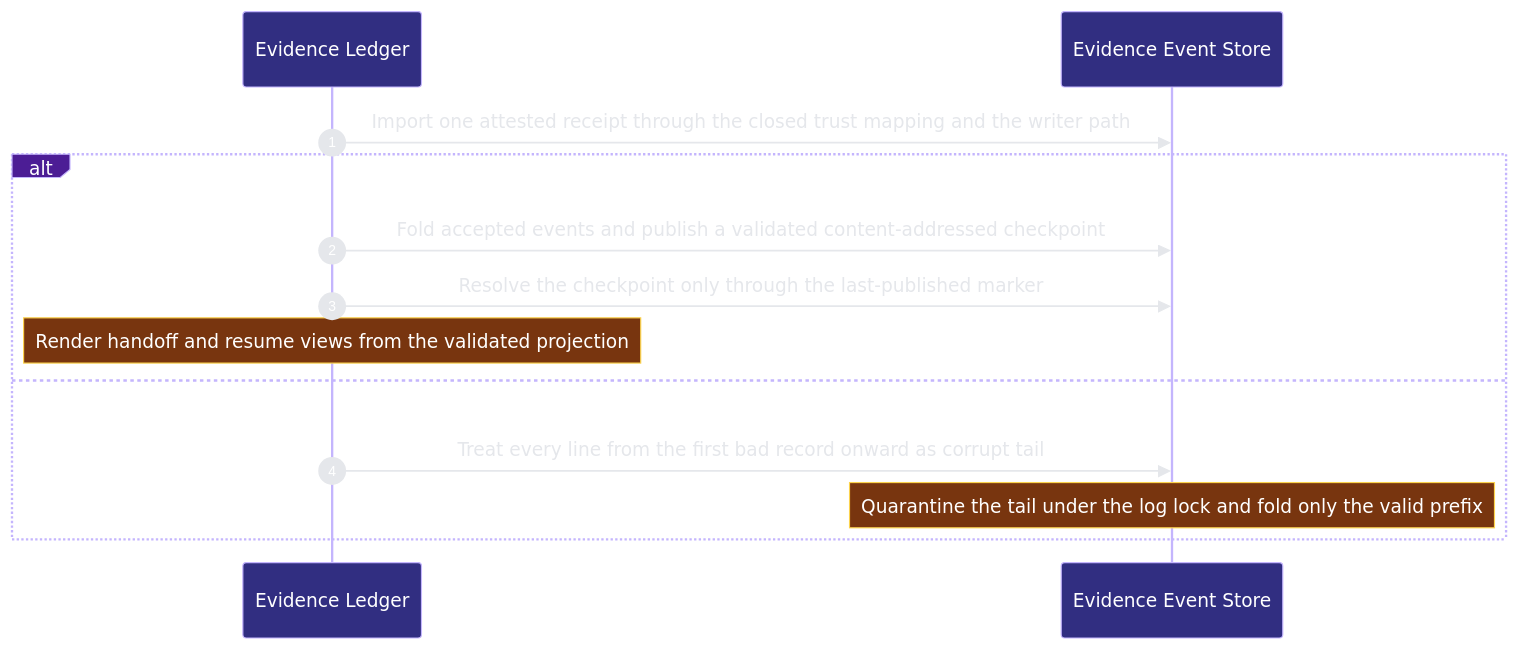
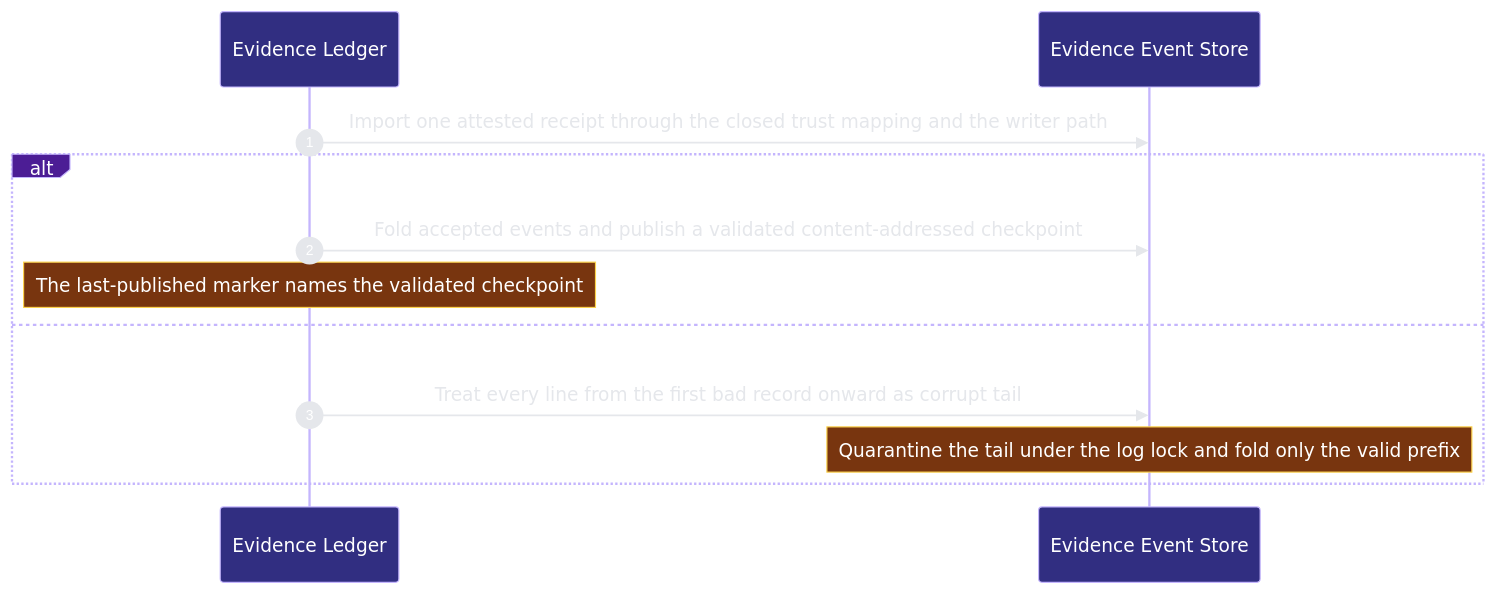
Before and after one commit to Ancienttwo/repo-harness: the second of 2 diagrams in docs/architecture/modules/runtime-harness/evidence-ledger.md, drawn with Mermaid. The commit also changed other lines of this file and 1 other file, not shown here.

First line of the commit message:
chore(projection): refresh generated architecture outputs for main@20ab0e73ed6c

````diff
--- a/docs/architecture/modules/runtime-harness/evidence-ledger.md
+++ b/docs/architecture/modules/runtime-harness/evidence-ledger.md
@@ -96,16 +95,15 @@
 ```mermaid
 %%{init: {"theme":"base","themeVariables":{"background":"#0d1117","actorBkg":"#312e81","actorBorder":"#c4b5fd","actorTextColor":"#ffffff","signalColor":"#e5e7eb","signalTextColor":"#e5e7eb","labelBoxBkgColor":"#4c1d95","labelBoxBorderColor":"#c4b5fd","labelTextColor":"#ffffff","noteBkgColor":"#78350f","noteBorderColor":"#fcd34d","noteTextColor":"#ffffff","sequenceNumberColor":"#ffffff"}}}%%
 sequenceDiagram
   autonumber
   participant p2_evidence_edecec53 as Evidence Ledger
   participant p2_store_52b5e20f as Evidence Event Store
   p2_evidence_edecec53->>p2_store_52b5e20f: Import one attested receipt through the closed trust mapping and the writer path
-  alt The accepted set folds and a validated checkpoint backs recovery
+  alt The accepted set folds into a validated checkpoint
   p2_evidence_edecec53->>p2_store_52b5e20f: Fold accepted events and publish a validated content-addressed checkpoint
-  p2_evidence_edecec53->>p2_store_52b5e20f: Resolve the checkpoint only through the last-published marker
-    Note over p2_evidence_edecec53: Render handoff and resume views from the validated projection
+    Note over p2_evidence_edecec53: The last-published marker names the validated checkpoint
   else The last write was truncated or a record does not parse
   p2_evidence_edecec53->>p2_store_52b5e20f: Treat every line from the first bad record onward as corrupt tail
     Note over p2_store_52b5e20f: Quarantine the tail under the log lock and fold only the valid prefix
   end
 ```
````
